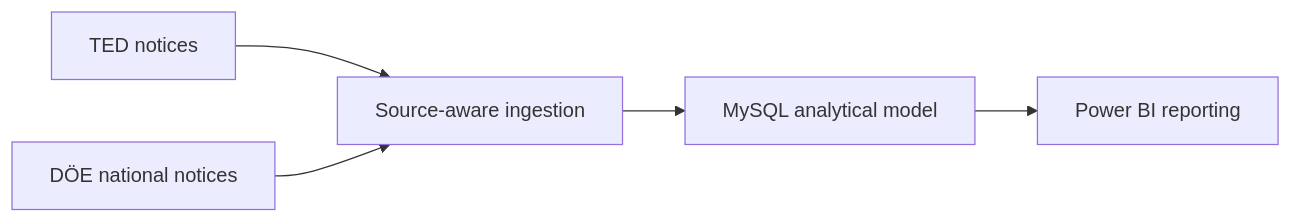
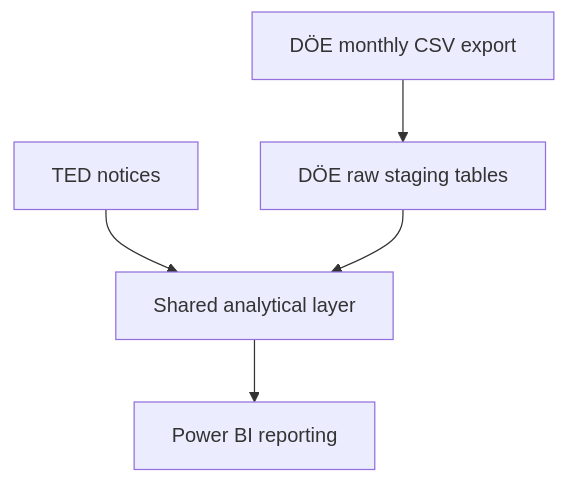
Before and after one commit to VahidMohammadii/German-Public-Sector-Digital-Demand-Intelligence: the second of 2 diagrams in docs/architecture.md, drawn with Mermaid. The commit also changed other lines of this file, not shown here.

Commit message:
Document DÖE pilot in docs/architecture.md

````diff
--- a/docs/architecture.md
+++ b/docs/architecture.md
@@ -18,7 +18,7 @@
 ```mermaid
-flowchart LR
-    A["TED notices"] --> C["Source-aware ingestion"]
-    B["DÖE national notices"] --> C
-    C --> D["MySQL analytical model"]
-    D --> E["Power BI reporting"]
+flowchart TB
+    A["TED notices"] --> C["Shared analytical layer"]
+    B["DÖE monthly CSV export"] --> D["DÖE raw staging tables"]
+    D --> C
+    C --> E["Power BI reporting"]
 ```
````
